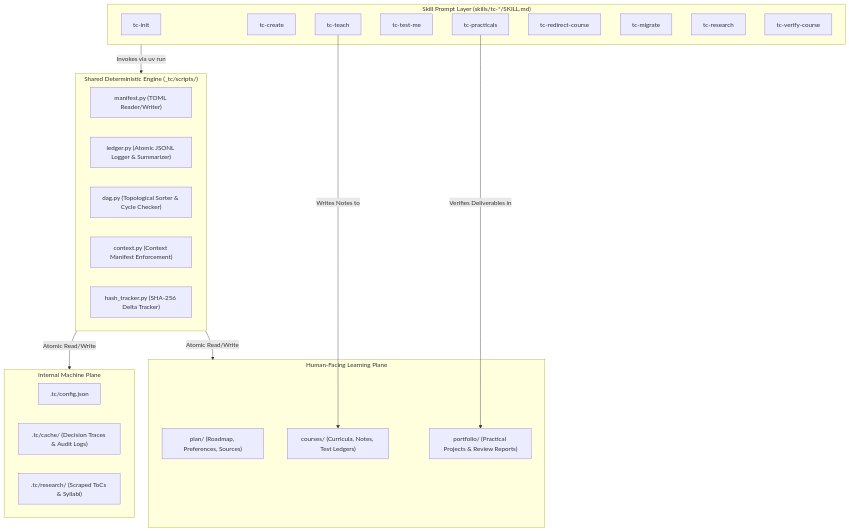
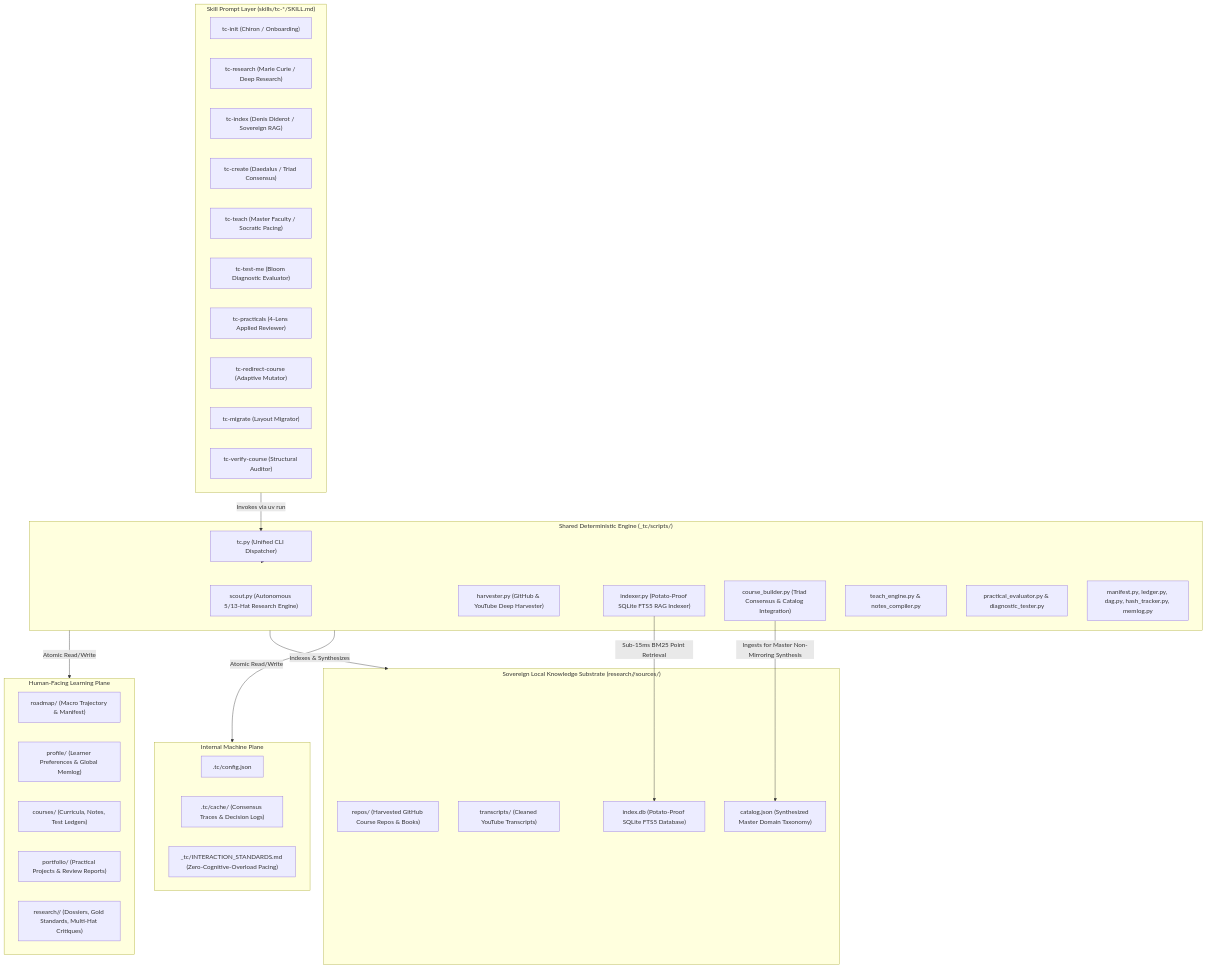
The first of 2 diagrams in _bmad-output/initiative-textcourses/architecture-textcourses/architecture-textcourses.md (dasavarambharadwaj/text-courses-redesign), drawn with Mermaid before and after one commit. The commit also changed other lines of this file and 11 other files, not shown here.

Commit message:
docs(bmad): update PRD, architecture spine, and add Epic 10 with story plans

````diff
--- a/_bmad-output/initiative-textcourses/architecture-textcourses/architecture-textcourses.md
+++ b/_bmad-output/initiative-textcourses/architecture-textcourses/architecture-textcourses.md
@@ -56,40 +78,55 @@
 ```mermaid
 flowchart TD
     subgraph HumanFacingPlane["Human-Facing Learning Plane"]
-        PlanDir["plan/ (Roadmap, Preferences, Sources)"]
+        RoadmapDir["roadmap/ (Macro Trajectory & Manifest)"]
+        ProfileDir["profile/ (Learner Preferences & Global Memlog)"]
         CoursesDir["courses/ (Curricula, Notes, Test Ledgers)"]
         PortfolioDir["portfolio/ (Practical Projects & Review Reports)"]
+        ResearchDir["research/<slug>/ (Dossiers, Gold Standards, Multi-Hat Critiques)"]
+    end
+
+    subgraph SovereignKnowledgeSubstrate["Sovereign Local Knowledge Substrate (research/<slug>/sources/)"]
+        ReposDir["repos/ (Harvested GitHub Course Repos & Books)"]
+        TranscriptsDir["transcripts/ (Cleaned YouTube Transcripts)"]
+        IndexDb["index.db (Potato-Proof SQLite FTS5 Database)"]
+        CatalogJson["catalog.json (Synthesized Master Domain Taxonomy)"]
     end
 
     subgraph InternalMachinePlane["Internal Machine Plane"]
         TcRuntime[".tc/config.json"]
-        TcCache[".tc/cache/ (Decision Traces & Audit Logs)"]
-        TcResearch[".tc/research/ (Scraped ToCs & Syllabi)"]
+        TcCache[".tc/cache/ (Consensus Traces & Decision Logs)"]
+        InterStandards["_tc/INTERACTION_STANDARDS.md (Zero-Cognitive-Overload Pacing)"]
     end
 
     subgraph SkillPrompts["Skill Prompt Layer (skills/tc-*/SKILL.md)"]
-        TcInit["tc-init"]
-        TcCreate["tc-create"]
-        TcTeach["tc-teach"]
-        TcTestMe["tc-test-me"]
-        TcPracticals["tc-practicals"]
-        TcRedirect["tc-redirect-course"]
-        TcMigrate["tc-migrate"]
-        TcResearchSkill["tc-research"]
-        TcVerifySkill["tc-verify-course"]
+        TcInit["tc-init (Chiron / Onboarding)"]
+        TcResearchSkill["tc-research (Marie Curie / Deep Research)"]
+        TcIndexSkill["tc-index (Denis Diderot / Sovereign RAG)"]
+        TcCreate["tc-create (Daedalus / Triad Consensus)"]
+        TcTeach["tc-teach (Master Faculty / Socratic Pacing)"]
+        TcTestMe["tc-test-me (Bloom Diagnostic Evaluator)"]
+        TcPracticals["tc-practicals (4-Lens Applied Reviewer)"]
+        TcRedirect["tc-redirect-course (Adaptive Mutator)"]
+        TcMigrate["tc-migrate (Layout Migrator)"]
+        TcVerifySkill["tc-verify-course (Structural Auditor)"]
     end
 
     subgraph DeterministicSubstrate["Shared Deterministic Engine (_tc/scripts/)"]
-        ManifestPy["manifest.py (TOML Reader/Writer)"]
-        LedgerPy["ledger.py (Atomic JSONL Logger & Summarizer)"]
-        DagPy["dag.py (Topological Sorter & Cycle Checker)"]
-        ContextPy["context.py (Context Manifest Enforcement)"]
-        HashPy["hash_tracker.py (SHA-256 Delta Tracker)"]
+        TcDispatcher["tc.py (Unified CLI Dispatcher)"]
+        ScoutPy["scout.py (Autonomous 5/13-Hat Research Engine)"]
+        HarvesterPy["harvester.py (GitHub & YouTube Deep Harvester)"]
+        IndexerPy["indexer.py (Potato-Proof SQLite FTS5 RAG Indexer)"]
+        BuilderPy["course_builder.py (Triad Consensus & Catalog Integration)"]
+        TeachPy["teach_engine.py & notes_compiler.py"]
+        EvaluatorPy["practical_evaluator.py & diagnostic_tester.py"]
+        CorePy["manifest.py, ledger.py, dag.py, hash_tracker.py, memlog.py"]
     end
 
-    SkillPrompts -->|Invokes via uv run| DeterministicSubstrate
+    SkillPrompts -->|Invokes via uv run| TcDispatcher
+    TcDispatcher --> DeterministicSubstrate
     DeterministicSubstrate -->|Atomic Read/Write| HumanFacingPlane
+    DeterministicSubstrate -->|Indexes & Synthesizes| SovereignKnowledgeSubstrate
     DeterministicSubstrate -->|Atomic Read/Write| InternalMachinePlane
-    TcTeach -->|Writes Notes to| CoursesDir
-    TcPracticals -->|Verifies Deliverables in| PortfolioDir
+    BuilderPy -->|Ingests for Master Non-Mirroring Synthesis| CatalogJson
+    IndexerPy -->|Sub-15ms BM25 Point Retrieval| IndexDb
 ```
````
